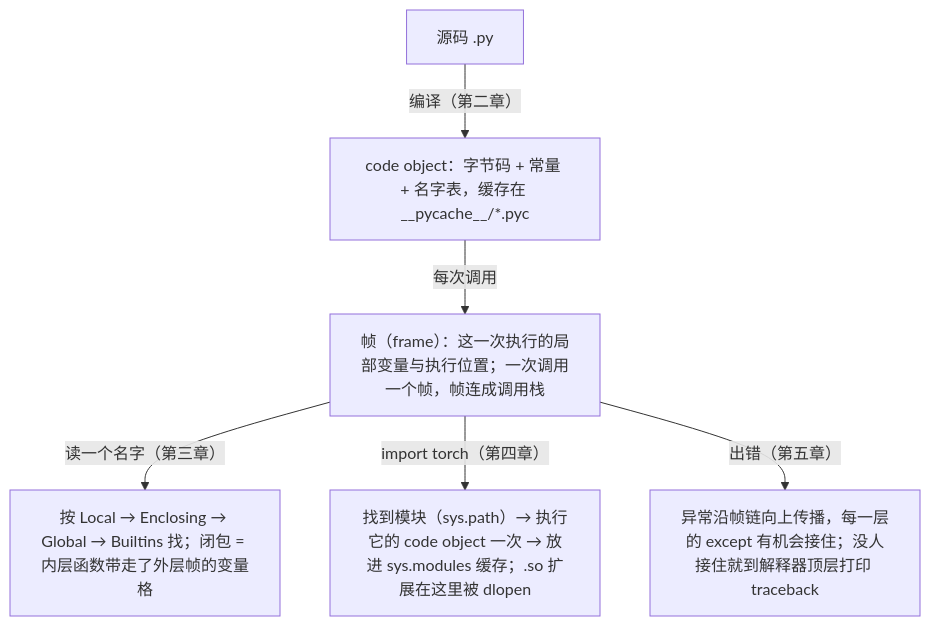
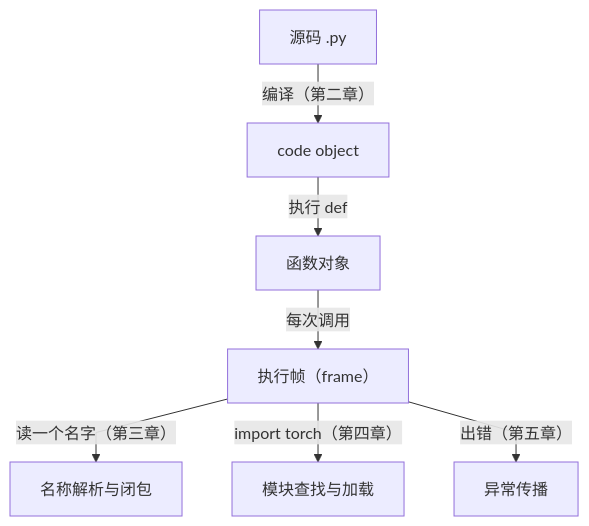
One commit to arganzheng/arganzheng.github.com changed the first of 3 diagrams in _posts/2026-01-24-python-execution-model-scopes-imports-and-exceptions.md. Above: the diagram before and after it, drawn with Mermaid. The commit also changed other lines of this file, not shown here.

Commit message:
Python 执行模型（01 上）：整理示意图并核对导入与异常语义

````diff
--- a/_posts/2026-01-24-python-execution-model-scopes-imports-and-exceptions.md
+++ b/_posts/2026-01-24-python-execution-model-scopes-imports-and-exceptions.md
@@ -32,11 +32,11 @@
 ```mermaid
-%%{init: {"flowchart": {"wrappingWidth": 210}}}%%
+%%{init: {"flowchart": {"wrappingWidth": 160, "rankSpacing": 35, "curve": "linear"}}}%%
 %% 图：Python 代码怎么跑：源码 → code object → 帧 → 名称解析 / import / 异常传播
 flowchart TB
-    S["源码 .py"] -- "编译（第二章）" --> CO["code object：字节码 + 常量 + 名字表，缓存在 __pycache__/*.pyc"]
-    CO -- "每次调用" --> FR["帧（frame）：这一次执行的局部变量与执行位置；一次调用一个帧，帧连成调用栈"]
-    FR -- "读一个名字（第三章）" --> LEGB["按 Local → Enclosing → Global → Builtins 找；闭包 = 内层函数带走了外层帧的变量格"]
-    FR -- "import torch（第四章）" --> IMP["找到模块（sys.path）→ 执行它的 code object 一次 → 放进 sys.modules 缓存；.so 扩展在这里被 dlopen"]
-    FR -- "出错（第五章）" --> EXC["异常沿帧链向上传播，每一层的 except 有机会接住；没人接住就到解释器顶层打印 traceback"]
-
+    S["源码 .py"] -- "编译（第二章）" --> CO["code object"]
+    CO -- "执行 def" --> FN["函数对象"]
+    FN -- "每次调用" --> FR["执行帧（frame）"]
+    FR -- "读一个名字（第三章）" --> LEGB["名称解析与闭包"]
+    FR -- "import torch（第四章）" --> IMP["模块查找与加载"]
+    FR -- "出错（第五章）" --> EXC["异常传播"]
 ```
````
